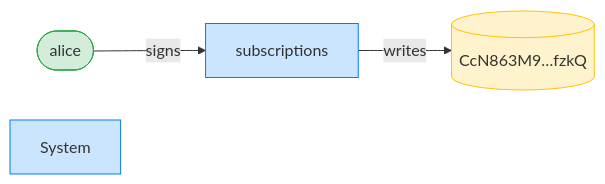
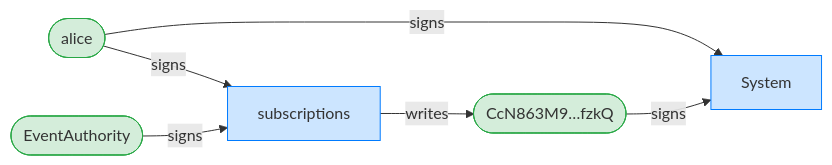
Before and after one commit to cds-rs/subscriptions: diagram 11 of 12 in dsl_tests/subscribe-rejects-a-duplicate.md, drawn with Mermaid. The commit also changed other lines of this file and 224 other files, not shown here.

````diff
--- a/dsl_tests/subscribe-rejects-a-duplicate.md
+++ b/dsl_tests/subscribe-rejects-a-duplicate.md
@@ -210,12 +219,16 @@
 ```mermaid
 flowchart LR
     classDef signer fill:#d4edda,stroke:#28a745;
     classDef program fill:#cce5ff,stroke:#007bff;
     classDef writable fill:#fff3cd,stroke:#ffc107;
     subscriptions[subscriptions]:::program
     alice([alice]):::signer
-    CcN863M9_fzkQ[("CcN863M9…fzkQ")]:::writable
+    CcN863M9_fzkQ(["CcN863M9…fzkQ"]):::signer
     System[System]:::program
+    EventAuthority([EventAuthority]):::signer
     alice -->|signs| subscriptions
+    alice -->|signs| System
+    CcN863M9_fzkQ -->|signs| System
+    EventAuthority -->|signs| subscriptions
     subscriptions -->|writes| CcN863M9_fzkQ
 ```
````
